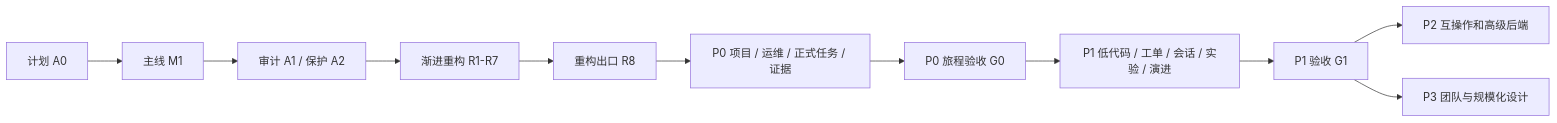
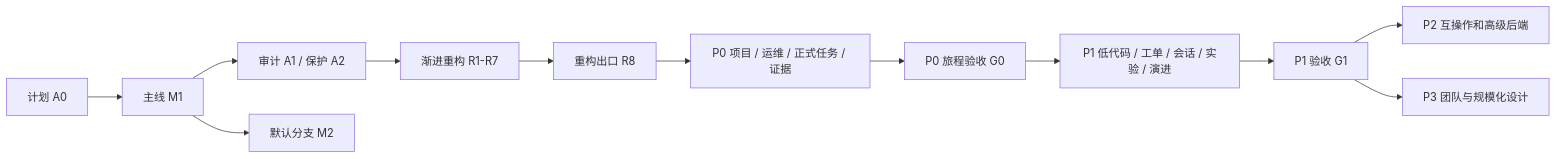
The second of 2 diagrams in docs/plans/2026-11-01-all-in-one.md (626619403/Ergora), drawn with Mermaid before and after one commit. The commit also changed other lines of this file and 5 other files, not shown here.

````diff
--- a/docs/plans/2026-11-01-all-in-one.md
+++ b/docs/plans/2026-11-01-all-in-one.md
@@ -175,13 +176,14 @@
 ```mermaid
 flowchart LR
   A0[计划 A0] --> M[主线 M1]
   M --> A[审计 A1 / 保护 A2]
+  M --> Metadata[默认分支 M2]
   A --> R[渐进重构 R1-R7]
   R --> RG[重构出口 R8]
   RG --> P0[P0 项目 / 运维 / 正式任务 / 证据]
   P0 --> G0[P0 旅程验收 G0]
   G0 --> P1[P1 低代码 / 工单 / 会话 / 实验 / 演进]
   P1 --> G1[P1 验收 G1]
   G1 --> P2[P2 互操作和高级后端]
   G1 --> P3[P3 团队与规模化设计]
 ```
````
